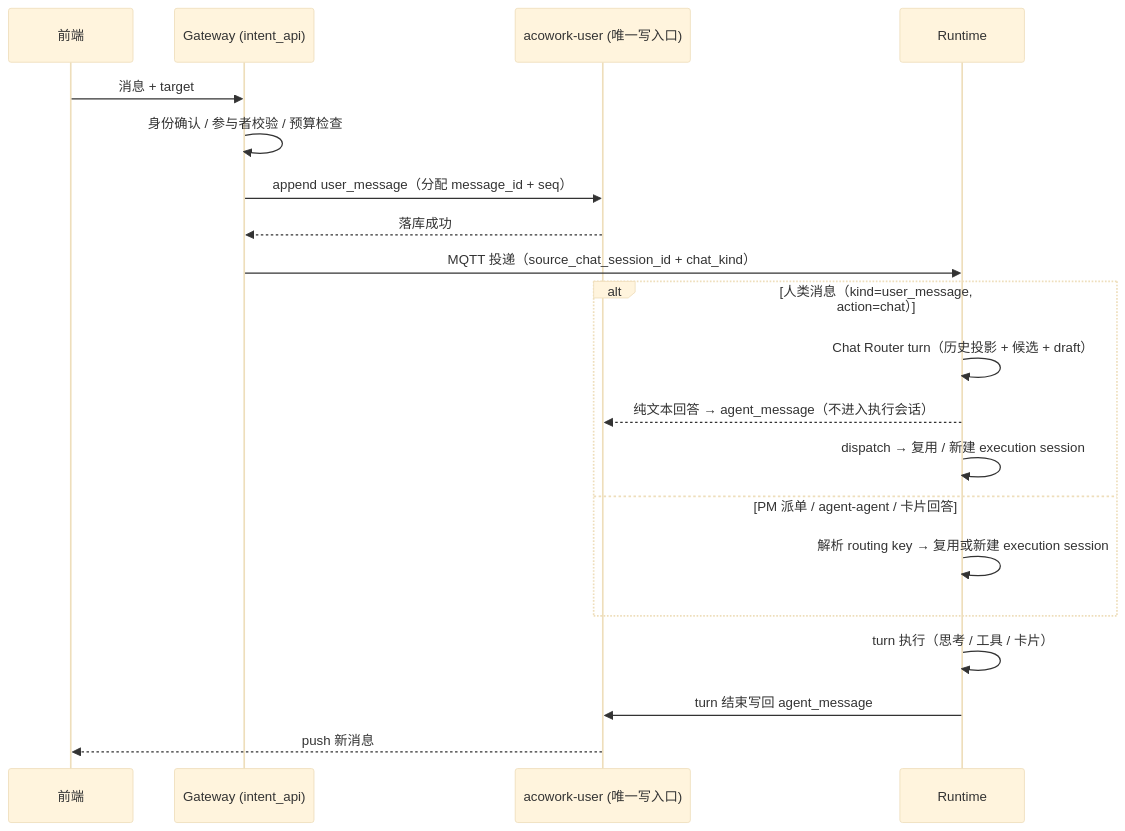
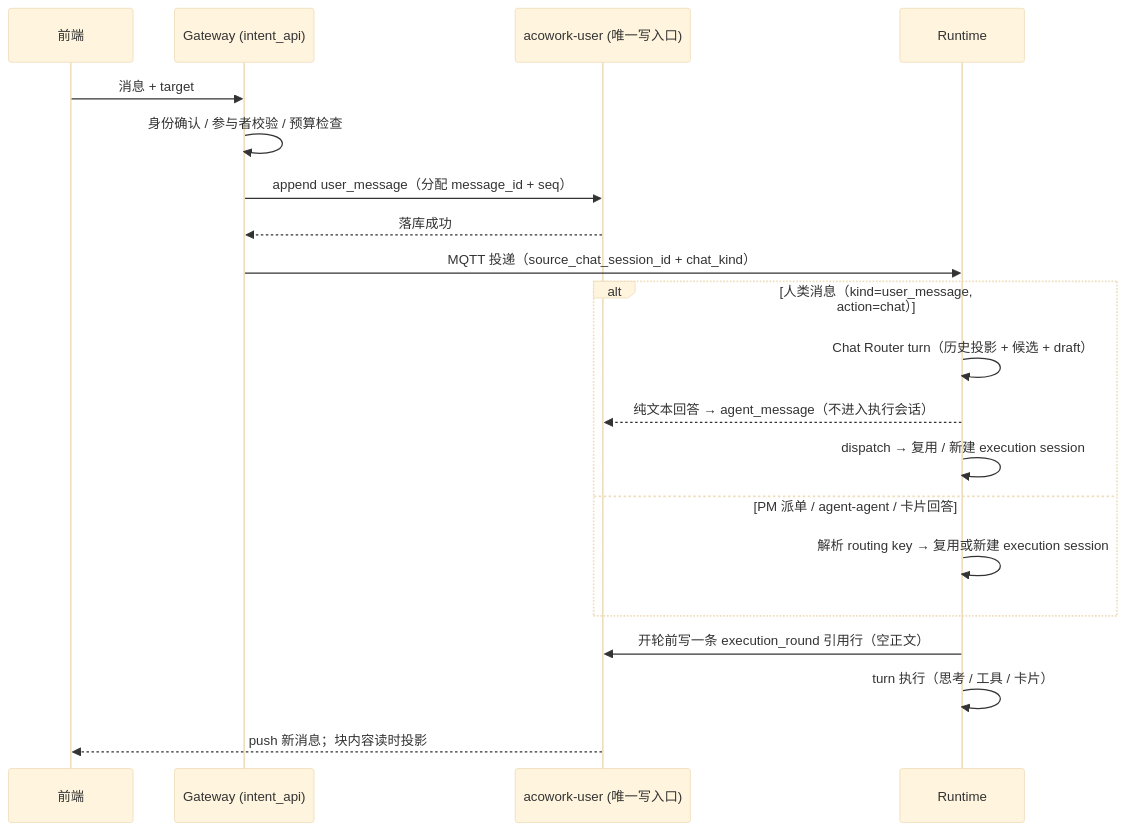
Before and after one commit to acowork/acowork: the fifth of 10 diagrams in docs/design/zh/27-intent-messaging-and-group-chat.md, drawn with Mermaid (base theme). The commit also changed other lines of this file and 3 other files, not shown here.

````diff
--- a/docs/design/zh/27-intent-messaging-and-group-chat.md
+++ b/docs/design/zh/27-intent-messaging-and-group-chat.md
@@ -516,22 +519,22 @@
 ```mermaid
 sequenceDiagram
     participant FE as 前端
     participant GW as Gateway (intent_api)
     participant CU as acowork-user (唯一写入口)
     participant RT as Runtime
     FE->>GW: 消息 + target
     GW->>GW: 身份确认 / 参与者校验 / 预算检查
     GW->>CU: append user_message（分配 message_id + seq）
     CU-->>GW: 落库成功
     GW->>RT: MQTT 投递（source_chat_session_id + chat_kind）
     alt 人类消息（kind=user_message, action=chat）
         RT->>RT: Chat Router turn（历史投影 + 候选 + draft）
         RT-->>CU: 纯文本回答 → agent_message（不进入执行会话）
         RT->>RT: dispatch → 复用 / 新建 execution session
     else PM 派单 / agent-agent / 卡片回答
         RT->>RT: 解析 routing key → 复用或新建 execution session
     end
+    RT->>CU: 开轮前写一条 execution_round 引用行（空正文）
     RT->>RT: turn 执行（思考 / 工具 / 卡片）
-    RT->>CU: turn 结束写回 agent_message
-    CU-->>FE: push 新消息
+    CU-->>FE: push 新消息；块内容读时投影
 ```
````
